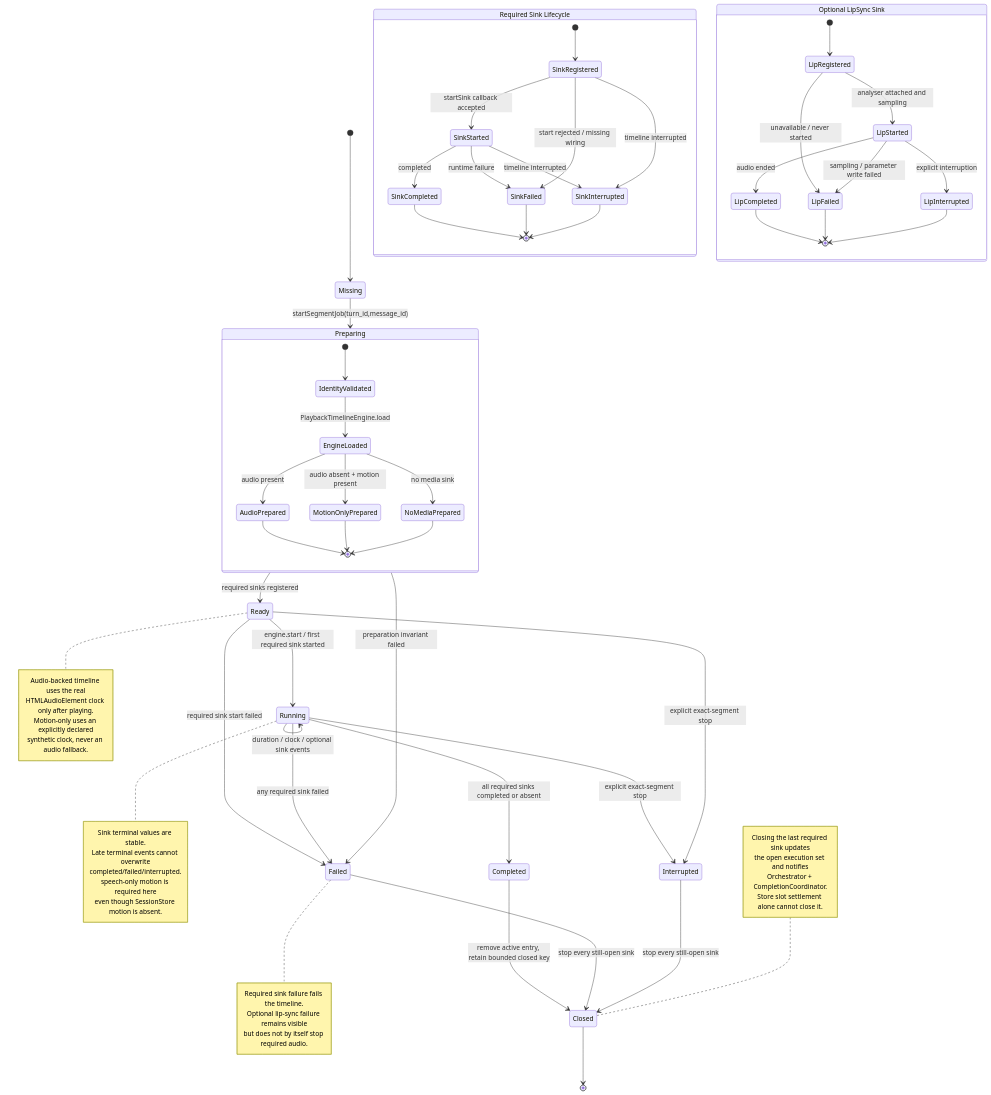
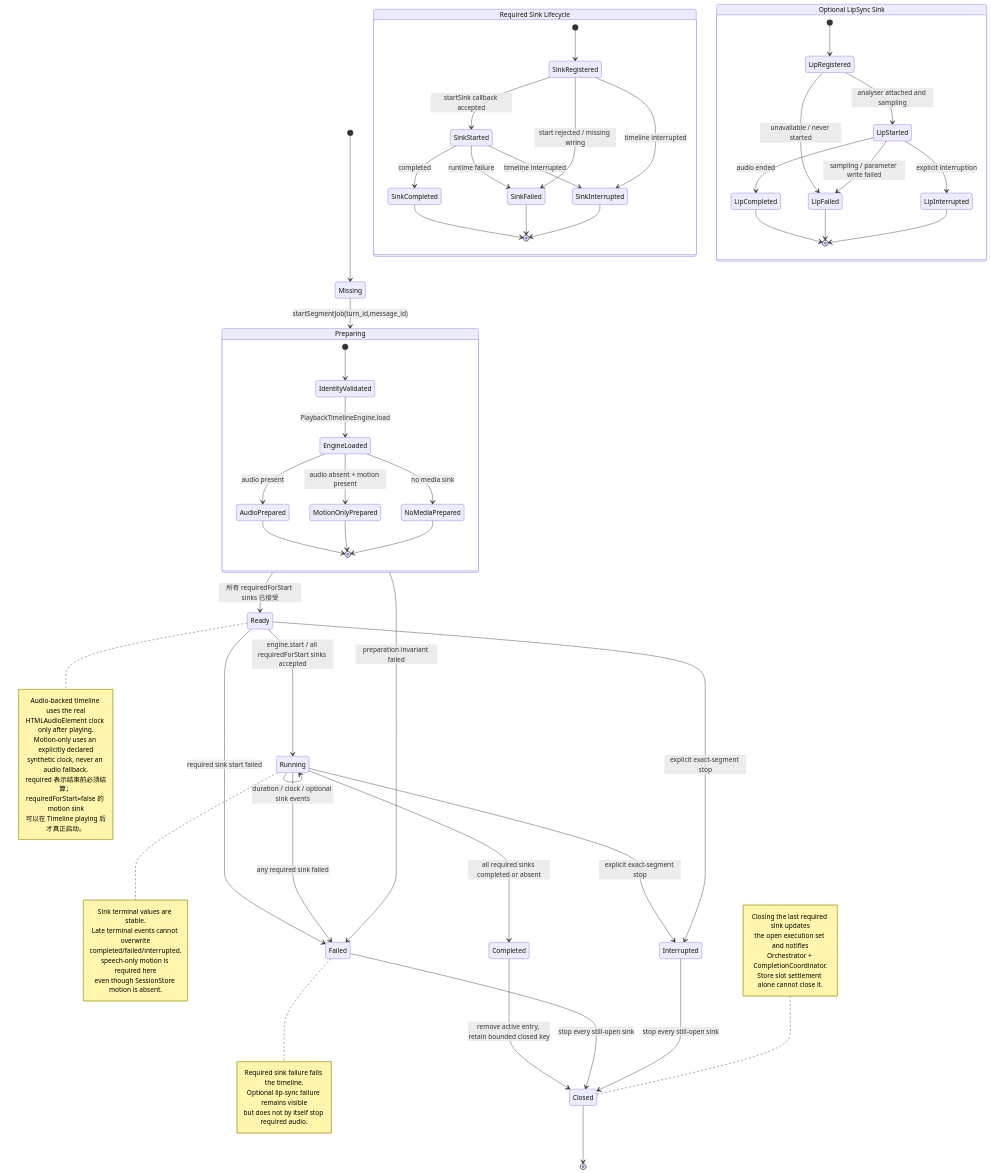
The diagram in docs/04-流程图与分析图/14-Timeline与Sink状态机图.mmd (murphys7017/AG99live), drawn with Mermaid before and after one commit. The commit also changed 11 other files, not shown here.

Commit message:
fix: unblock audio-backed motion timeline startup

```diff
--- a/docs/04-流程图与分析图/14-Timeline与Sink状态机图.mmd
+++ b/docs/04-流程图与分析图/14-Timeline与Sink状态机图.mmd
@@ -1,82 +1,85 @@
 stateDiagram-v2
     direction TB
 
     [*] --> Missing
     Missing --> Preparing: startSegmentJob(turn_id,message_id)
-    Preparing --> Ready: required sinks registered
+    Preparing --> Ready: 所有 requiredForStart sinks 已接受
     Preparing --> Failed: preparation invariant failed
-    Ready --> Running: engine.start / first required sink started
+    Ready --> Running: engine.start / all requiredForStart sinks accepted
     Ready --> Failed: required sink start failed
     Running --> Running: duration / clock / optional sink events
     Running --> Completed: all required sinks completed or absent
     Running --> Failed: any required sink failed
     Running --> Interrupted: explicit exact-segment stop
     Ready --> Interrupted: explicit exact-segment stop
     Completed --> Closed: remove active entry, retain bounded closed key
     Failed --> Closed: stop every still-open sink
     Interrupted --> Closed: stop every still-open sink
     Closed --> [*]
 
     state Preparing {
         [*] --> IdentityValidated
         IdentityValidated --> EngineLoaded: PlaybackTimelineEngine.load
         EngineLoaded --> AudioPrepared: audio present
         EngineLoaded --> MotionOnlyPrepared: audio absent + motion present
         EngineLoaded --> NoMediaPrepared: no media sink
         AudioPrepared --> [*]
         MotionOnlyPrepared --> [*]
         NoMediaPrepared --> [*]
     }
 
     state "Required Sink Lifecycle" as RequiredSink {
         [*] --> SinkRegistered
         SinkRegistered --> SinkStarted: startSink callback accepted
         SinkRegistered --> SinkFailed: start rejected / missing wiring
         SinkStarted --> SinkCompleted: completed
         SinkStarted --> SinkFailed: runtime failure
         SinkRegistered --> SinkInterrupted: timeline interrupted
         SinkStarted --> SinkInterrupted: timeline interrupted
         SinkCompleted --> [*]
         SinkFailed --> [*]
         SinkInterrupted --> [*]
     }
 
     state "Optional LipSync Sink" as OptionalSink {
         [*] --> LipRegistered
         LipRegistered --> LipStarted: analyser attached and sampling
         LipRegistered --> LipFailed: unavailable / never started
         LipStarted --> LipCompleted: audio ended
         LipStarted --> LipFailed: sampling / parameter write failed
         LipStarted --> LipInterrupted: explicit interruption
         LipCompleted --> [*]
         LipFailed --> [*]
         LipInterrupted --> [*]
     }
 
     note right of Ready
         Audio-backed timeline uses the real
         HTMLAudioElement clock only after playing.
         Motion-only uses an explicitly declared
         synthetic clock, never an audio fallback.
+        required 表示结束前必须结算；
+        requiredForStart=false 的 motion sink
+        可以在 Timeline playing 后才真正启动。
     end note
 
     note right of Running
         Sink terminal values are stable.
         Late terminal events cannot overwrite
         completed/failed/interrupted.
         speech-only motion is required here
         even though SessionStore motion is absent.
     end note
 
     note right of Failed
         Required sink failure fails the timeline.
         Optional lip-sync failure remains visible
         but does not by itself stop required audio.
     end note
 
     note left of Closed
         Closing the last required sink updates
         the open execution set and notifies
         Orchestrator + CompletionCoordinator.
         Store slot settlement alone cannot close it.
     end note
```
